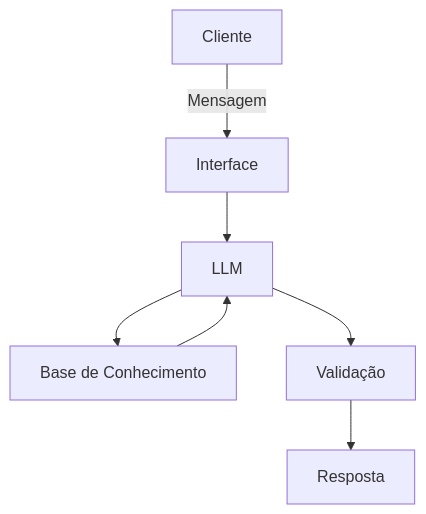
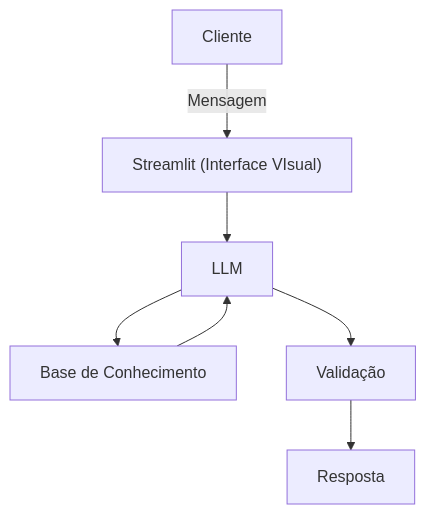
The diagram in docs/01-documentacao-agente.md (ViniciusCardoso7/dio-lab-bia-do-futuro), drawn with Mermaid before and after one commit.

Commit message:
Update diagram label for visual interface clarification

````diff
--- a/docs/01-documentacao-agente.md
+++ b/docs/01-documentacao-agente.md
@@ -51,9 +51,9 @@
 ```mermaid
 flowchart TD
-    A[Cliente] -->|Mensagem| B[Interface]
+    A[Cliente] -->|Mensagem| B["Streamlit (Interface VIsual)"]
     B --> C[LLM]
     C --> D[Base de Conhecimento]
     D --> C
     C --> E[Validação]
     E --> F[Resposta]
 ```
````
